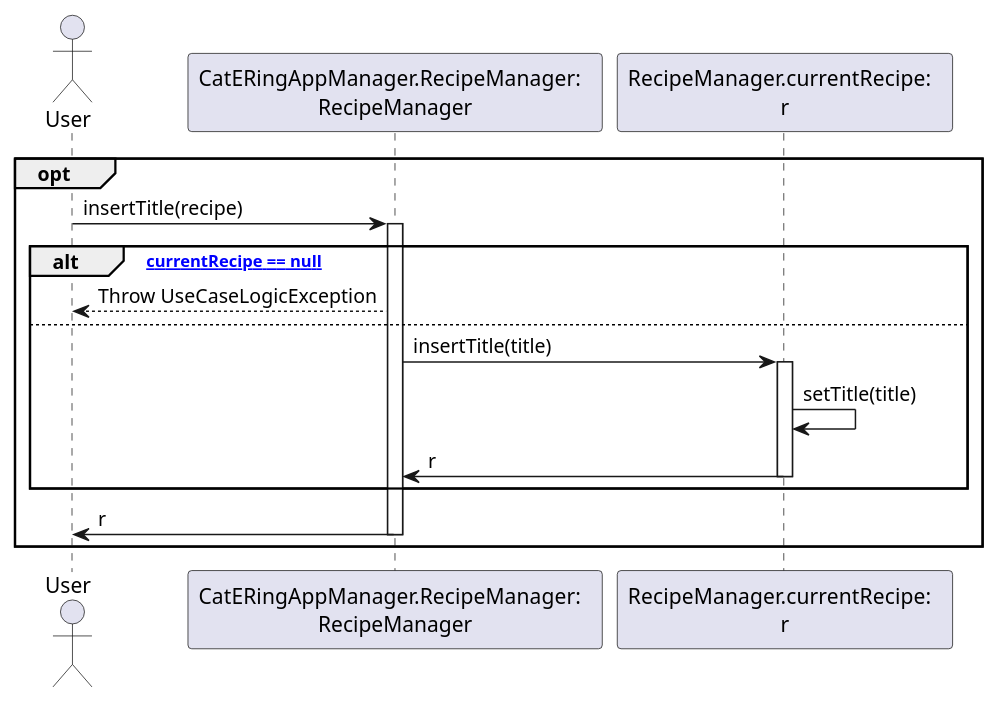
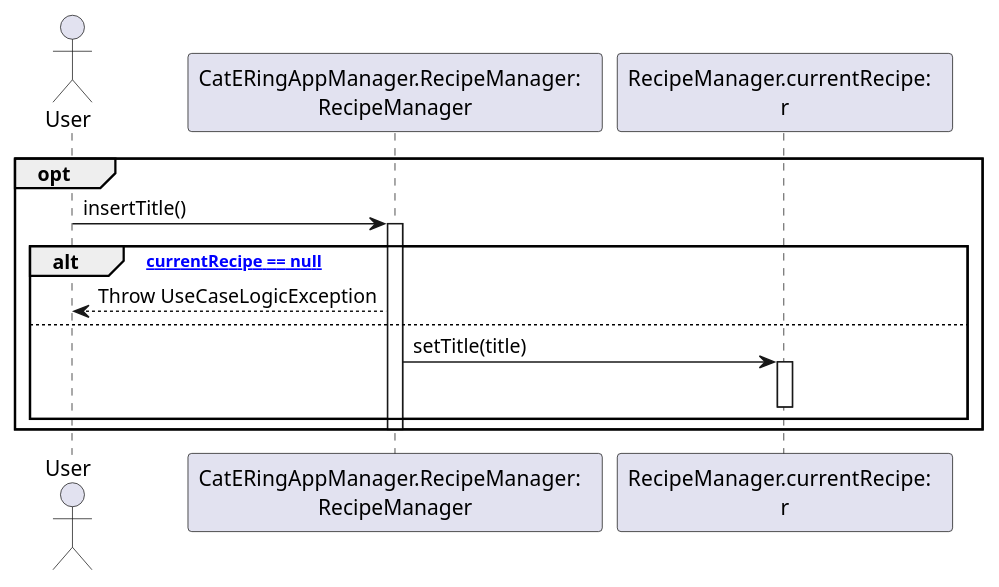
One commit to m0canu1/sas changed the diagram in dsd/dsd-ricette/26a-insertTitle.md. Above: the diagram before and after it, drawn with PlantUML. The commit also changed 7 other files, not shown here.

````diff
--- a/dsd/dsd-ricette/26a-insertTitle.md
+++ b/dsd/dsd-ricette/26a-insertTitle.md
@@ -1,22 +1,18 @@
 ```plantuml
 Actor User
 Participant "CatERingAppManager.RecipeManager:  \nRecipeManager" as RM
 Participant "RecipeManager.currentRecipe:  \nr" as CR
 
 opt
-
-	User -> RM: insertTitle(recipe)
+	User -> RM: insertTitle()
 	Activate RM
 	alt ["currentRecipe == null"]
 		RM --> User: Throw UseCaseLogicException
 	else 
-		RM -> CR: insertTitle(title)
+		RM -> CR: setTitle(title)
 		Activate CR
-		CR -> CR: setTitle(title)
-		CR -> RM: r
 		Deactivate CR
 	end
-	RM -> User: r
 	Deactivate RM
 end
 ```
````
